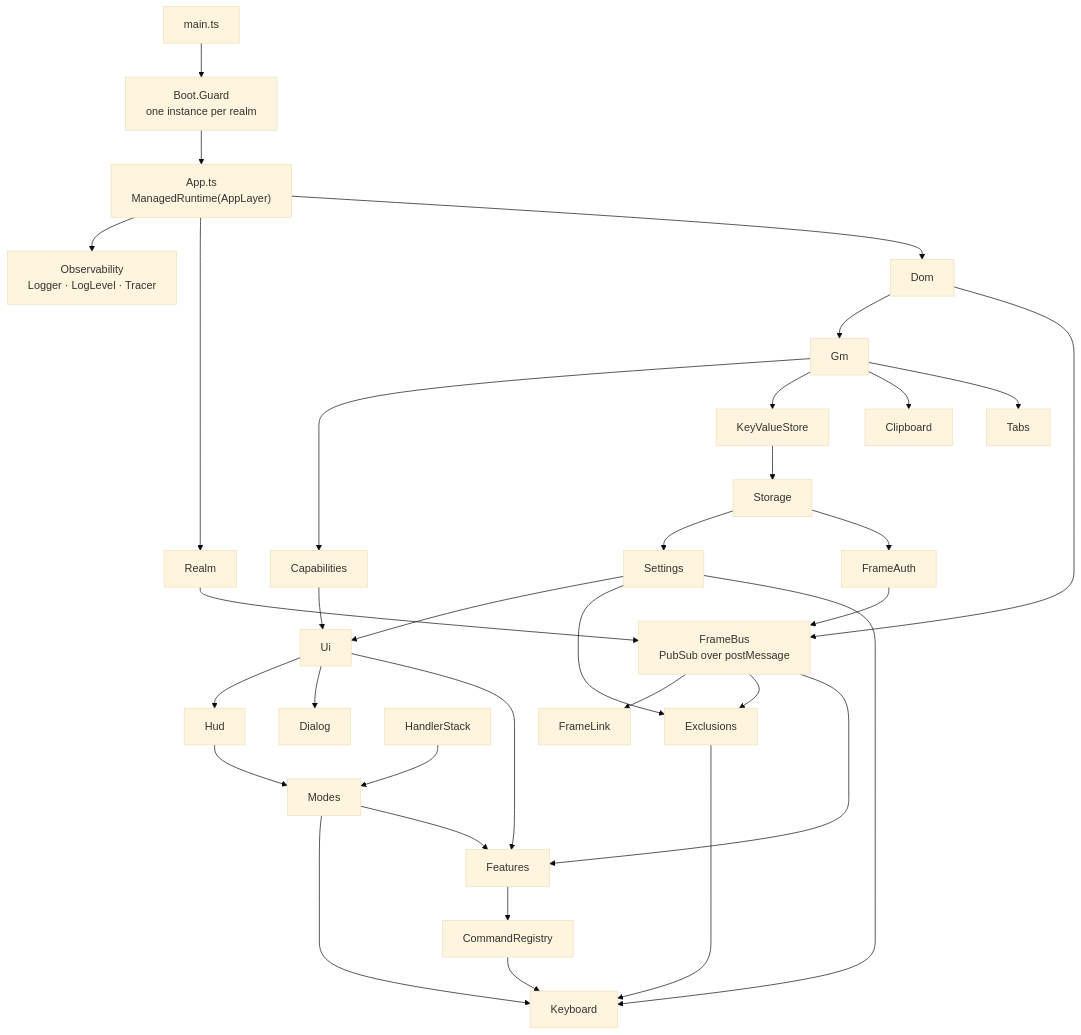
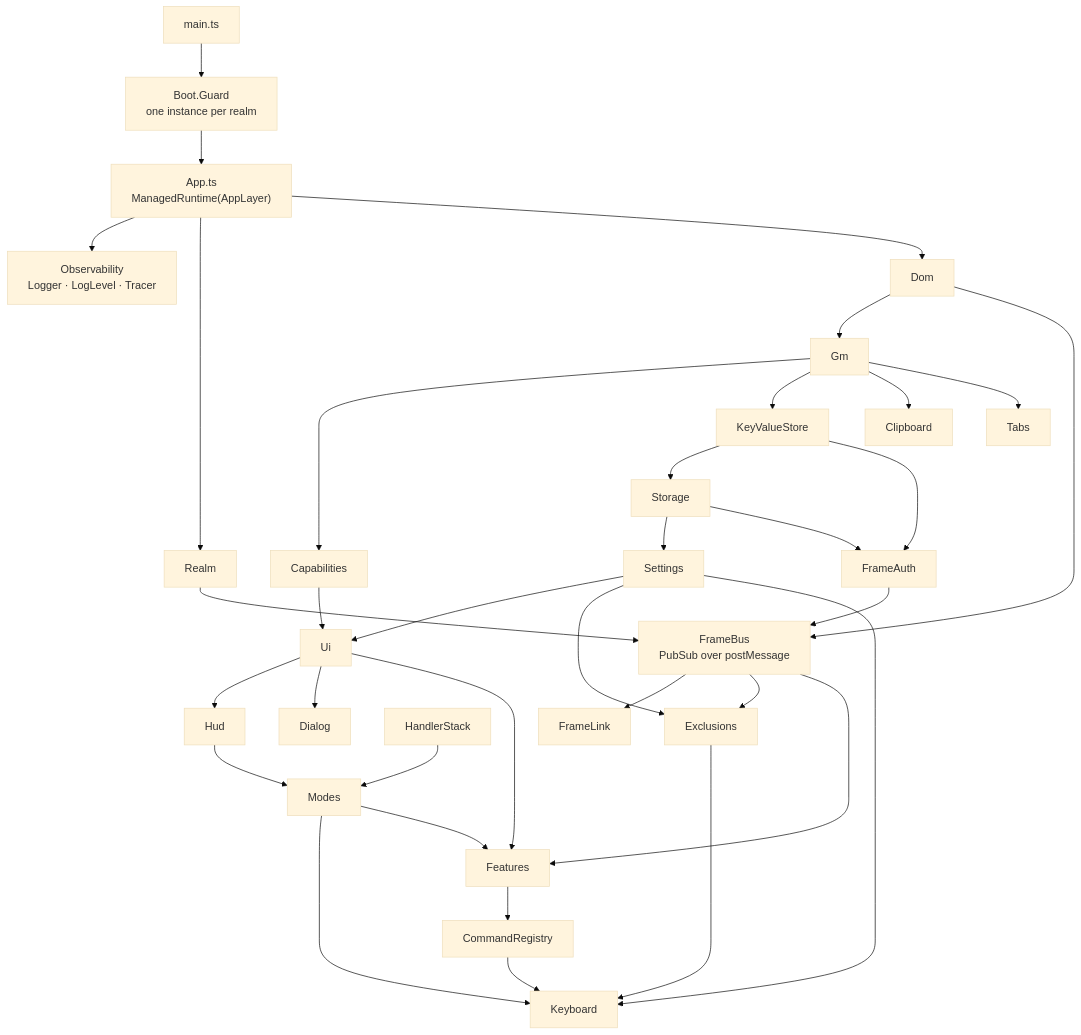
The diagram in ARCHITECTURE.md (evanlouie/vimium-webkit), drawn with Mermaid (base theme) before and after one commit. The commit also changed 2 other files, not shown here.

Commit message:
docs: say where private state lives and how a frame port is protected
The settings, the marks, the history and the frame credential no longer go
to localStorage, and every message on a frame port is now sealed. Correct
the three documents that told the user the earlier story.

Refs #1, #3

````diff
--- a/ARCHITECTURE.md
+++ b/ARCHITECTURE.md
@@ -33,43 +33,44 @@
 ```mermaid
 flowchart TD
   Main["main.ts"] --> Guard["Boot.Guard<br/>one instance per realm"]
   Guard --> Runtime["App.ts<br/>ManagedRuntime(AppLayer)"]
 
   Runtime --> Obs["Observability<br/>Logger · LogLevel · Tracer"]
   Runtime --> Realm
   Runtime --> Dom
 
   Dom --> Gm
   Gm --> Caps["Capabilities"]
   Gm --> Kv["KeyValueStore"]
   Kv --> Storage
   Storage --> Settings
   Gm --> Clipboard
   Gm --> Tabs
 
   Dom --> Bus["FrameBus<br/>PubSub over postMessage"]
   Realm --> Bus
   Storage --> Auth["FrameAuth"] --> Bus
+  Kv --> Auth
 
   Settings --> Ui
   Caps --> Ui
   Ui --> Hud
   Ui --> Dialog
 
   Hud --> Modes
   Stack["HandlerStack"] --> Modes
 
   Bus --> Link["FrameLink"]
   Bus --> Exclusions
   Settings --> Exclusions
 
   Registry["CommandRegistry"] --> Keyboard
   Modes --> Keyboard
   Exclusions --> Keyboard
   Settings --> Keyboard
 
   Modes --> Features
   Ui --> Features
   Bus --> Features
   Features --> Registry
 ```
````
